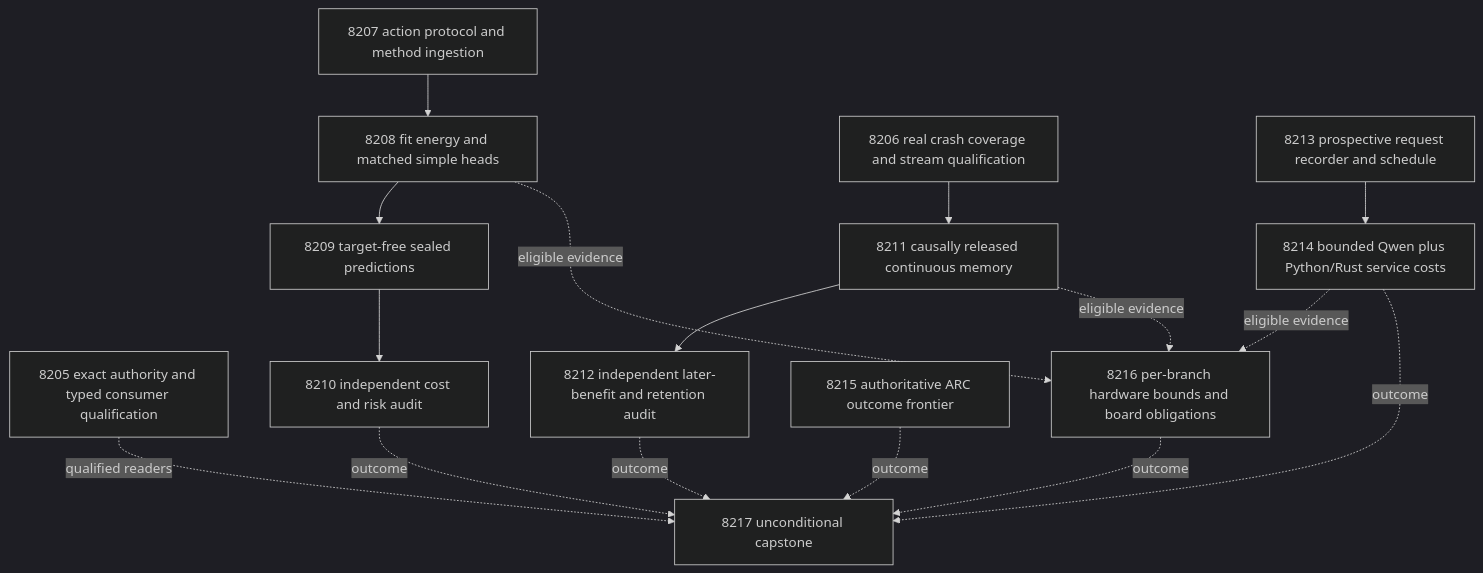
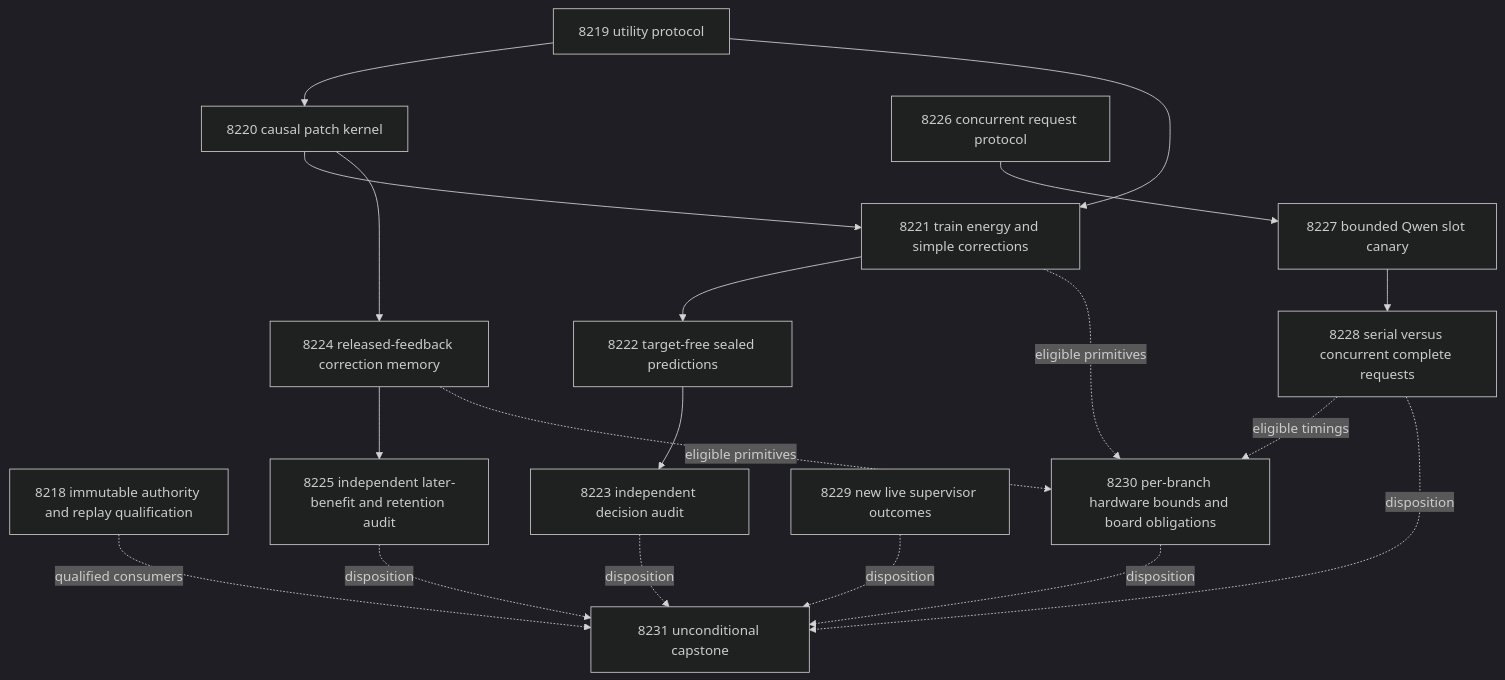
One commit to Carnot-EBM/carnot-ebm changed the diagram in openspec/change-proposals/research-roadmap-vNEXT.md. Above: the diagram before and after it, drawn with Mermaid (dark theme). The commit also changed other lines of this file and 15 other files, not shown here.

````diff
--- a/openspec/change-proposals/research-roadmap-vNEXT.md
+++ b/openspec/change-proposals/research-roadmap-vNEXT.md
@@ -96,28 +99,31 @@
 ```mermaid
 flowchart TD
-  Q[8205 exact authority and typed consumer qualification]
-  M[8207 action protocol and method ingestion]
-  F[8208 fit energy and matched simple heads]
-  P[8209 target-free sealed predictions]
-  A[8210 independent cost and risk audit]
-  R[8206 real crash coverage and stream qualification]
-  L[8211 causally released continuous memory]
-  T[8212 independent later-benefit and retention audit]
-  I[8213 prospective request recorder and schedule]
-  S[8214 bounded Qwen plus Python/Rust service costs]
-  C[8215 authoritative ARC outcome frontier]
-  H[8216 per-branch hardware bounds and board obligations]
-  X[8217 unconditional capstone]
-  M --> F --> P --> A
-  R --> L --> T
-  I --> S
-  F -. eligible evidence .-> H
-  L -. eligible evidence .-> H
-  S -. eligible evidence .-> H
-  Q -. qualified readers .-> X
-  A -. outcome .-> X
-  T -. outcome .-> X
-  S -. outcome .-> X
-  C -. outcome .-> X
-  H -. outcome .-> X
+  A[8218 immutable authority and replay qualification]
+  M[8219 utility protocol]
+  K[8220 causal patch kernel]
+  F[8221 train energy and simple corrections]
+  P[8222 target-free sealed predictions]
+  V[8223 independent decision audit]
+  L[8224 released-feedback correction memory]
+  R[8225 independent later-benefit and retention audit]
+  Q[8226 concurrent request protocol]
+  C[8227 bounded Qwen slot canary]
+  B[8228 serial versus concurrent complete requests]
+  S[8229 new live supervisor outcomes]
+  H[8230 per-branch hardware bounds and board obligations]
+  X[8231 unconditional capstone]
+  M --> K
+  M --> F
+  K --> F --> P --> V
+  K --> L --> R
+  Q --> C --> B
+  F -. eligible primitives .-> H
+  L -. eligible primitives .-> H
+  B -. eligible timings .-> H
+  A -. qualified consumers .-> X
+  V -. disposition .-> X
+  R -. disposition .-> X
+  B -. disposition .-> X
+  S -. disposition .-> X
+  H -. disposition .-> X
 ```
````
